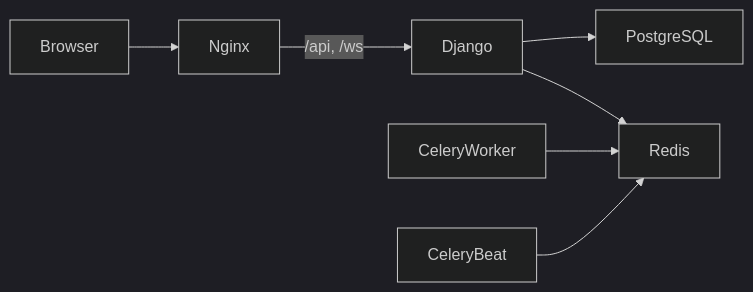
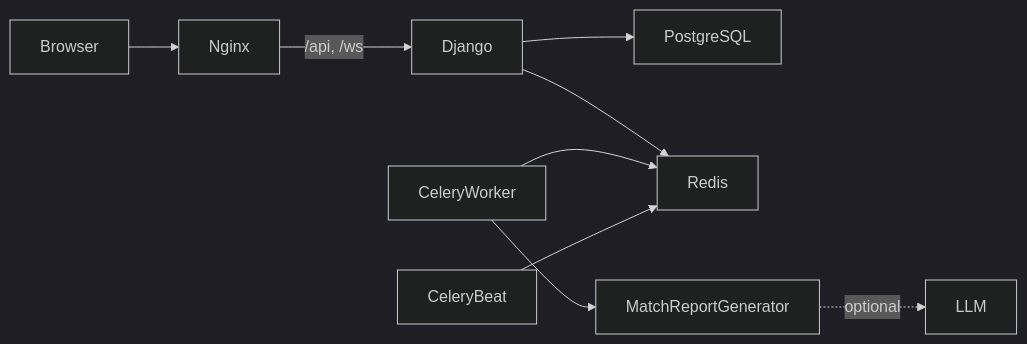
The diagram in docs/architecture.md (krkolodziej/leaguehub), drawn with Mermaid (dark theme) before and after one commit. The commit also changed 19 other files, not shown here.

First line of the commit message:
feat(stage-16): add optional AI match reports

````diff
--- a/docs/architecture.md
+++ b/docs/architecture.md
@@ -8,9 +8,11 @@
 ```mermaid
 flowchart LR
   Browser --> Nginx
   Nginx -->|/api, /ws| Django
   Django --> PostgreSQL
   Django --> Redis
   CeleryWorker --> Redis
   CeleryBeat --> Redis
+  CeleryWorker --> MatchReportGenerator
+  MatchReportGenerator -. optional .-> LLM
 ```
````
